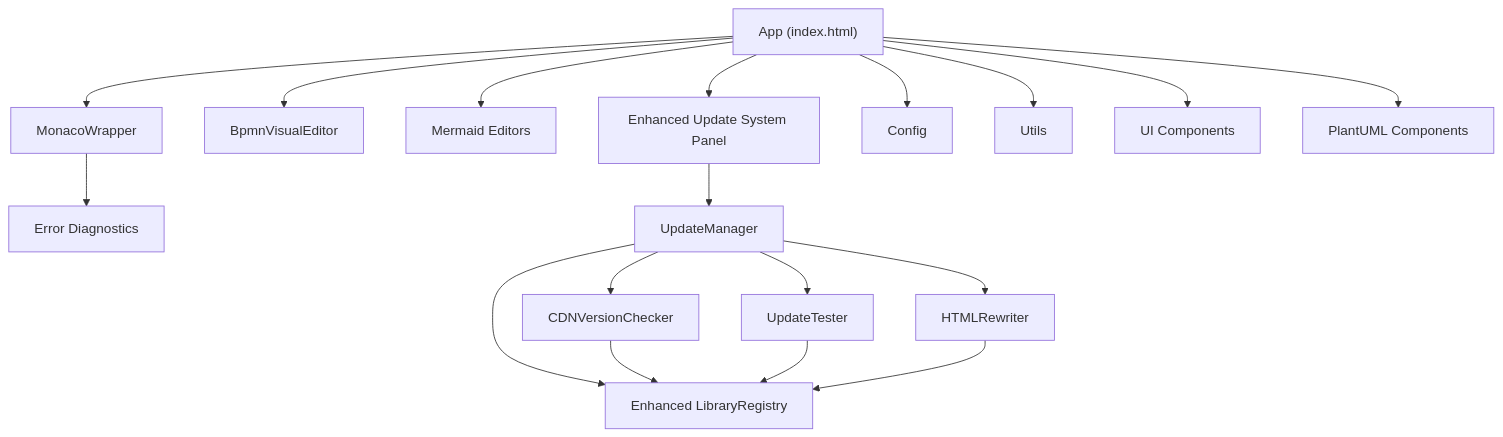
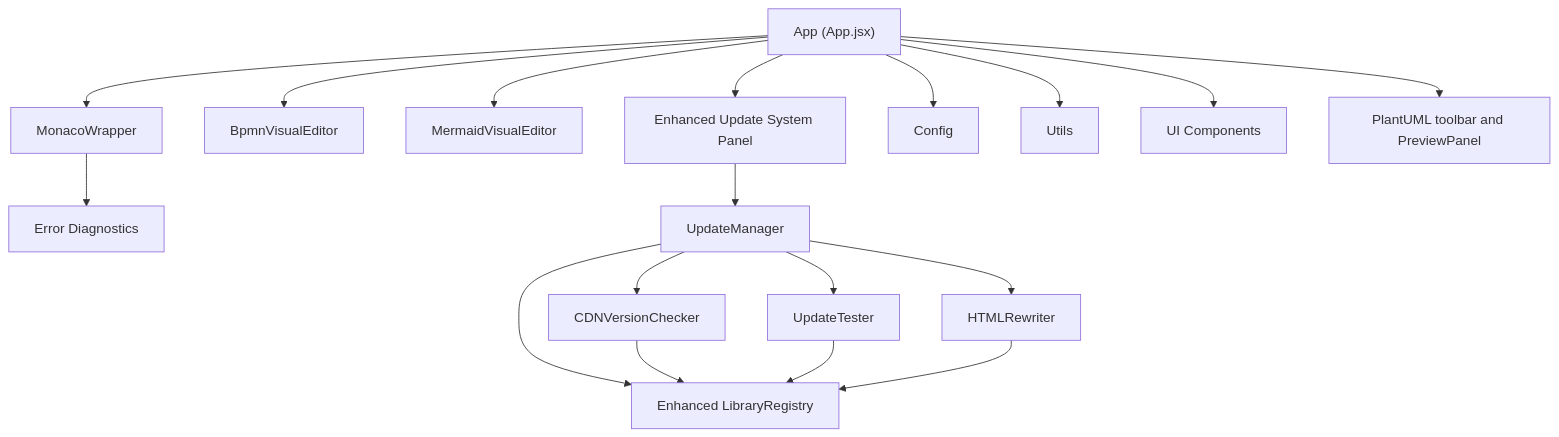
Before and after one commit to ongchonghian/universal-diagram-editor: diagram 14 of 14 in .qoder/repowiki/en/content/Advanced Features/Technical Implementations.md, drawn with Mermaid. The commit also changed other lines of this file and 31 other files, not shown here.

````diff
--- a/.qoder/repowiki/en/content/Advanced Features/Technical Implementations.md
+++ b/.qoder/repowiki/en/content/Advanced Features/Technical Implementations.md
@@ -627,20 +630,20 @@
 ```mermaid
 graph TB
-App["App (index.html)"] --> MW["MonacoWrapper"]
+App["App (App.jsx)"] --> MW["MonacoWrapper"]
 App --> BVE["BpmnVisualEditor"]
-App --> ME["Mermaid Editors"]
+App --> ME["MermaidVisualEditor"]
 App --> UPS["Enhanced Update System Panel"]
 MW --> ED["Error Diagnostics"]
 UPS --> LM["UpdateManager"]
 LM --> CV["CDNVersionChecker"]
 LM --> UT["UpdateTester"]
 LM --> HR["HTMLRewriter"]
 LM --> LR["Enhanced LibraryRegistry"]
 CV --> LR
 UT --> LR
 HR --> LR
 App --> CFG["Config"]
 App --> Utils["Utils"]
 App --> UI["UI Components"]
-App --> PU["PlantUML Components"]
+App --> PU["PlantUML toolbar and PreviewPanel"]
 ```
````
